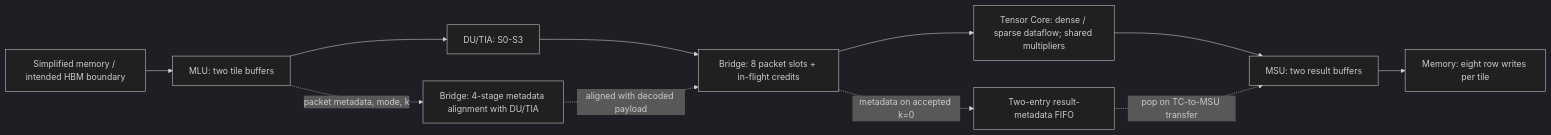
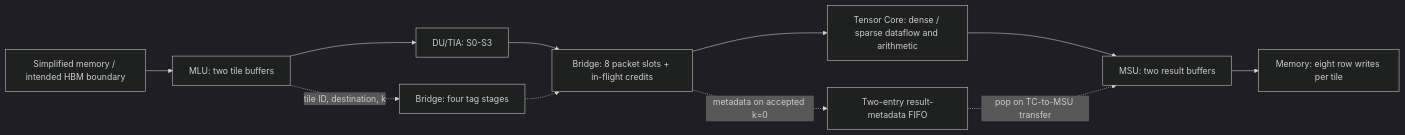
Before and after one commit to HHY-gigabtye/A-Multi-Mode-Tensor-Core-with-Shared-Multipliers-for-Dense-and-Sparse-Matrix-Multiplication: the diagram in README.md, drawn with Mermaid (dark theme). The commit also changed other lines of this file and 674 other files, not shown here.

Commit message:
Publish verified 10 ns local Tensor Core snapshot and English documentation

````diff
--- a/README.md
+++ b/README.md
@@ -99,13 +45,13 @@
 ```mermaid
 flowchart LR
     MEM["Simplified memory / intended HBM boundary"] --> MLU["MLU: two tile buffers"]
     MLU --> DU["DU/TIA: S0-S3"]
     DU --> FIFO["Bridge: 8 packet slots + in-flight credits"]
-    FIFO --> TC["Tensor Core: dense / sparse dataflow; shared multipliers"]
+    FIFO --> TC["Tensor Core: dense / sparse dataflow and arithmetic"]
     TC --> MSU["MSU: two result buffers"]
     MSU --> OUT["Memory: eight row writes per tile"]
-    MLU -. "packet metadata, mode, k" .-> TAG["Bridge: 4-stage metadata alignment with DU/TIA"]
-    TAG -. "aligned with decoded payload" .-> FIFO
+    MLU -. "tile ID, destination, k" .-> TAG["Bridge: four tag stages"]
+    TAG -.-> FIFO
     FIFO -. "metadata on accepted k=0" .-> META["Two-entry result-metadata FIFO"]
     META -. "pop on TC-to-MSU transfer" .-> MSU
 ```
````
